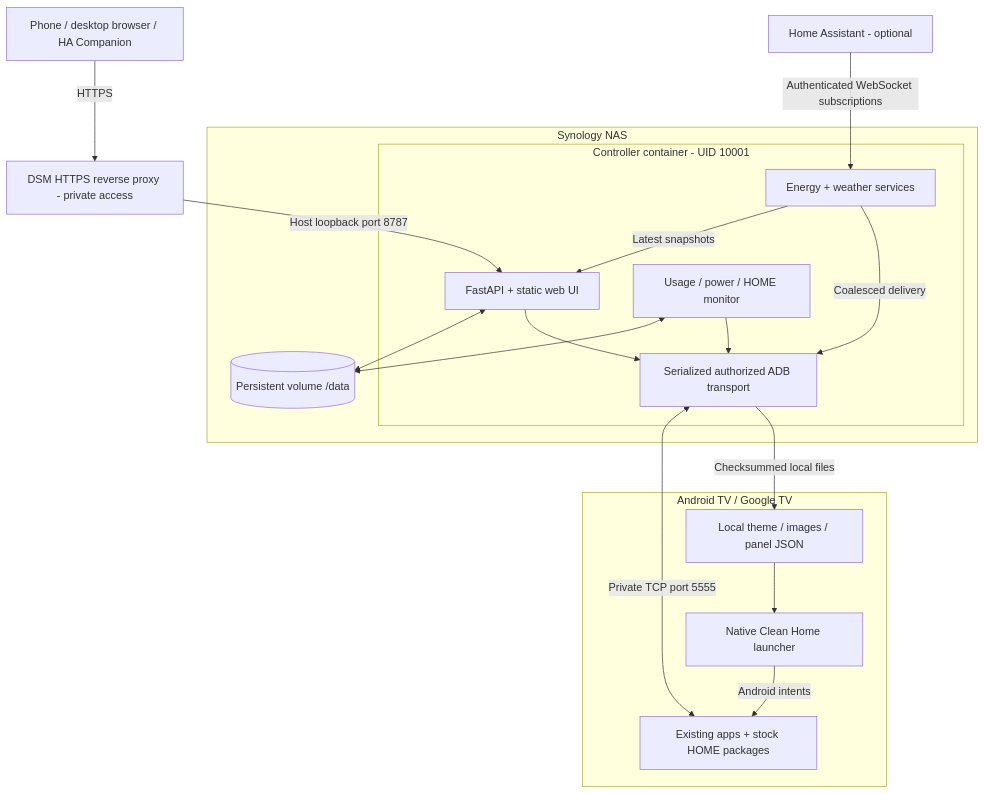
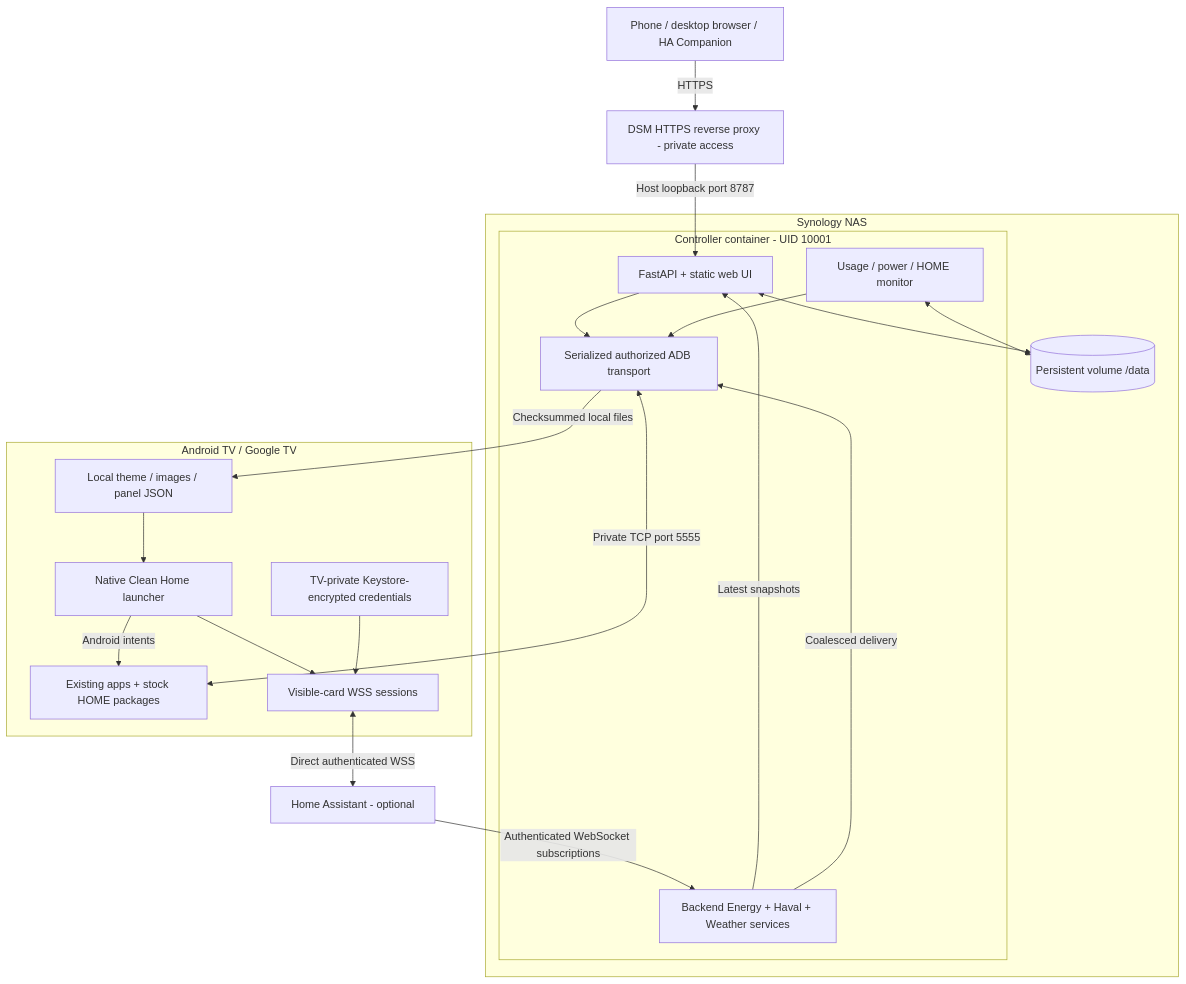
One commit to zangkasi55/tcl-clean-launcher-with-backend changed the first of 3 diagrams in docs/ARCHITECTURE.md. Above: the diagram before and after it, drawn with Mermaid. The commit also changed other lines of this file and 83 other files, not shown here.

First line of the commit message:
feat: add TV-private direct Home Assistant cards

````diff
--- a/docs/ARCHITECTURE.md
+++ b/docs/ARCHITECTURE.md
@@ -12,36 +12,41 @@
 ```mermaid
 flowchart TB
     User["Phone / desktop browser / HA Companion"]
     Proxy["DSM HTTPS reverse proxy - private access"]
     HA["Home Assistant - optional"]
 
     subgraph NAS["Synology NAS"]
         subgraph Container["Controller container - UID 10001"]
             API["FastAPI + static web UI"]
             Monitor["Usage / power / HOME monitor"]
-            Feeds["Energy + weather services"]
+            Feeds["Backend Energy + Haval + Weather services"]
             ADB["Serialized authorized ADB transport"]
         end
         Data[("Persistent volume /data")]
     end
 
     subgraph AndroidTV["Android TV / Google TV"]
         Packages["Existing apps + stock HOME packages"]
         Files["Local theme / images / panel JSON"]
         Launcher["Native Clean Home launcher"]
+        Direct["Visible-card WSS sessions"]
+        Secrets["TV-private Keystore-encrypted credentials"]
     end
 
     User -->|HTTPS| Proxy
     Proxy -->|Host loopback port 8787| API
     API <--> Data
     Monitor <--> Data
     API --> ADB
     Monitor --> ADB
     HA -->|Authenticated WebSocket subscriptions| Feeds
     Feeds -->|Latest snapshots| API
     Feeds -->|Coalesced delivery| ADB
     ADB <-->|Private TCP port 5555| Packages
     ADB -->|Checksummed local files| Files
     Files --> Launcher
+    Launcher --> Direct
+    Secrets --> Direct
+    Direct <-->|Direct authenticated WSS| HA
     Launcher -->|Android intents| Packages
 ```
````
